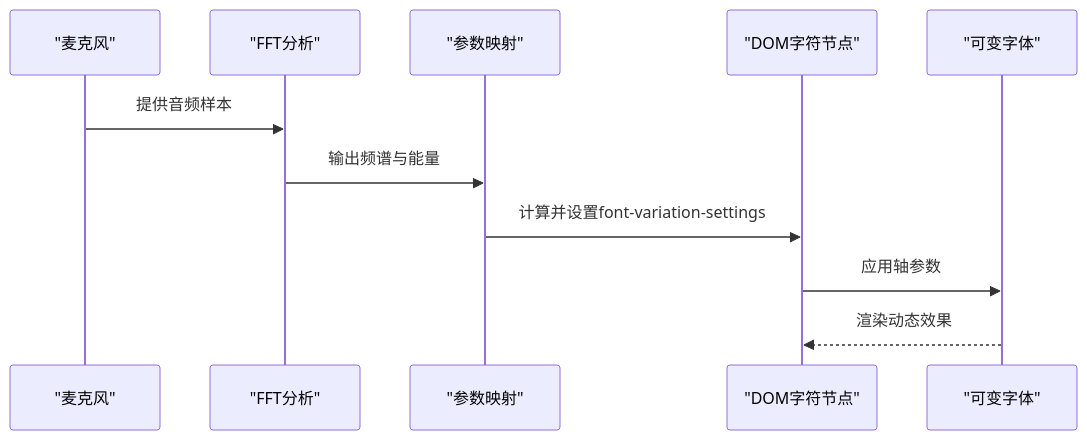
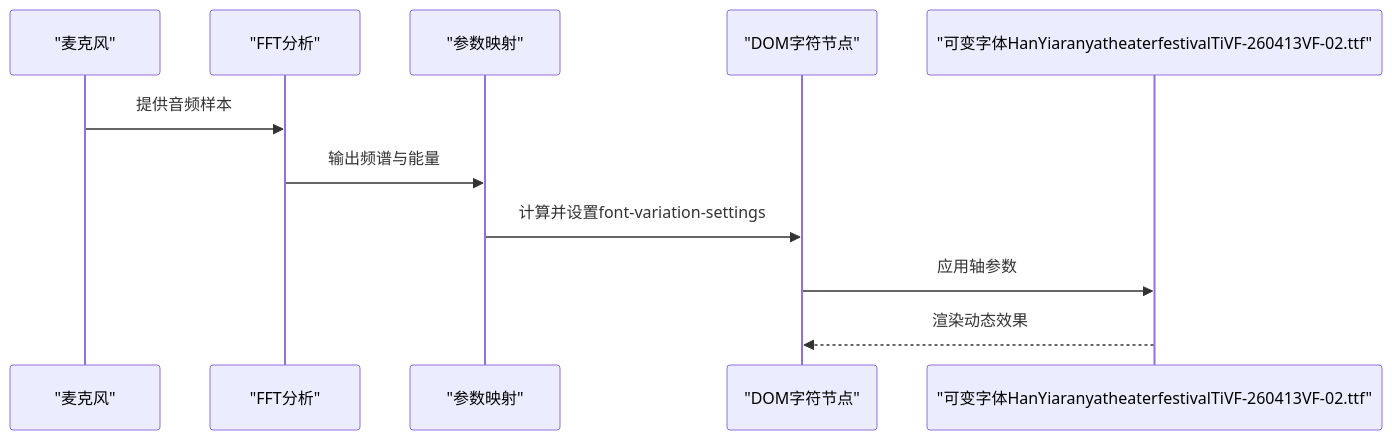
The fourth of 5 diagrams in .qoder/repowiki/zh/content/样式系统设计/字体加载机制.md (db300/MySymphosizer), drawn with Mermaid before and after one commit. The commit also changed other lines of this file and 5 other files, not shown here.

````diff
--- a/.qoder/repowiki/zh/content/样式系统设计/字体加载机制.md
+++ b/.qoder/repowiki/zh/content/样式系统设计/字体加载机制.md
@@ -165,13 +171,13 @@
 ```mermaid
 sequenceDiagram
 participant Mic as "麦克风"
 participant FFT as "FFT分析"
 participant Mapper as "参数映射"
 participant DOM as "DOM字符节点"
-participant Font as "可变字体"
+participant Font as "可变字体HanYiaranyatheaterfestivalTiVF-260413VF-02.ttf"
 Mic->>FFT : 提供音频样本
 FFT->>Mapper : 输出频谱与能量
 Mapper->>DOM : 计算并设置font-variation-settings
 DOM->>Font : 应用轴参数
 Font-->>DOM : 渲染动态效果
 ```
````
